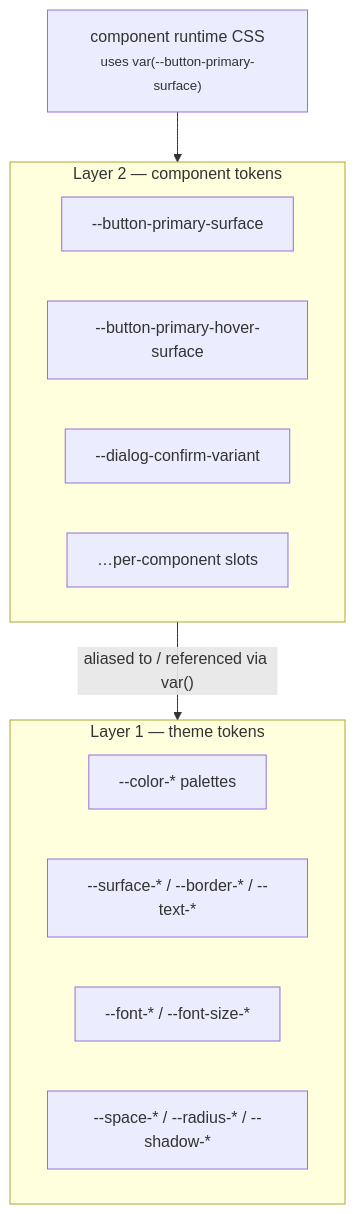
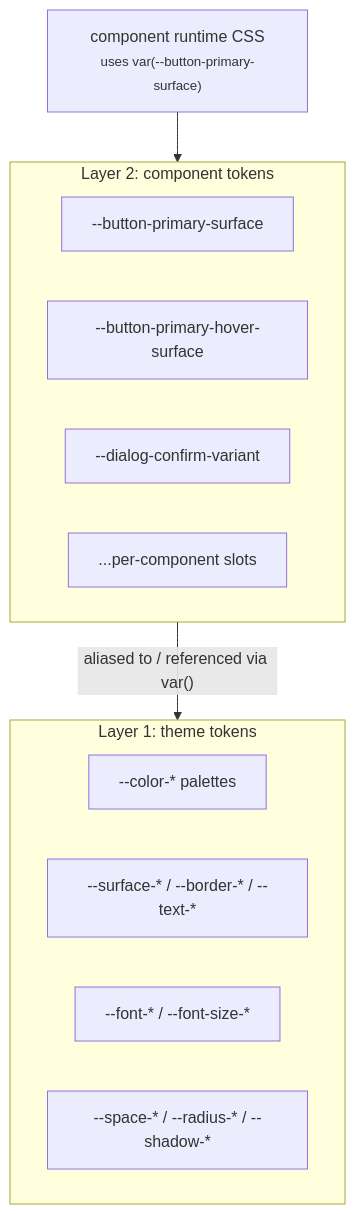
Before and after one commit to motionproto/live-tokens: the first of 4 diagrams in docs/04-tokens-and-themes.md, drawn with Mermaid. The commit also changed other lines of this file and 30 other files, not shown here.

````diff
--- a/docs/04-tokens-and-themes.md
+++ b/docs/04-tokens-and-themes.md
@@ -15,19 +15,19 @@
 ```mermaid
 flowchart TB
-    subgraph L1["Layer 1 — theme tokens"]
+    subgraph L1["Layer 1: theme tokens"]
         Color["--color-* palettes"]
         Surface["--surface-* / --border-* / --text-*"]
         Typo["--font-* / --font-size-*"]
         Scales["--space-* / --radius-* / --shadow-*"]
     end
 
-    subgraph L2["Layer 2 — component tokens"]
+    subgraph L2["Layer 2: component tokens"]
         BtnPrim[--button-primary-surface]
         BtnHover[--button-primary-hover-surface]
         DialogConf[--dialog-confirm-variant]
-        EtcComp[…per-component slots]
+        EtcComp[...per-component slots]
     end
 
     L2 -- "aliased to / referenced via var()" --> L1
     Page["component runtime CSS<br/><small>uses var(--button-primary-surface)</small>"] --> L2
 ```
````
